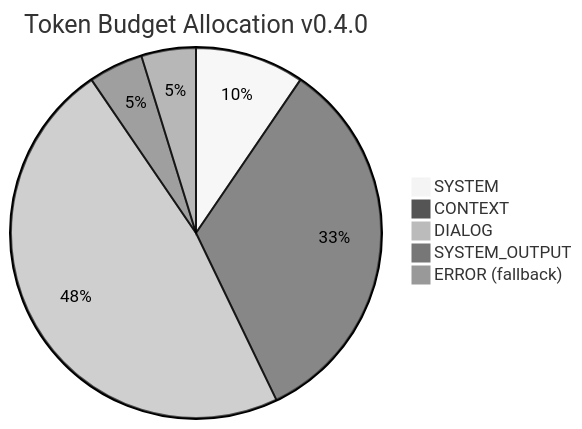
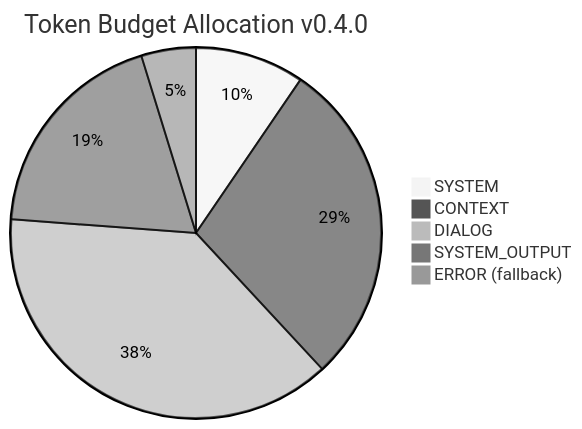
Before and after one commit to Maximooch/penguin: the first of 3 diagrams in docs/docs/system/context-window.md, drawn with Mermaid (neutral theme). The commit also changed other lines of this file and 8 other files, not shown here.

````diff
--- a/docs/docs/system/context-window.md
+++ b/docs/docs/system/context-window.md
@@ -35,8 +35,8 @@
 ```mermaid
 pie title Token Budget Allocation v0.4.0
     "SYSTEM" : 10
-    "CONTEXT" : 35
-    "DIALOG" : 50
-    "SYSTEM_OUTPUT" : 5
+    "CONTEXT" : 30
+    "DIALOG" : 40
+    "SYSTEM_OUTPUT" : 20
     "ERROR (fallback)" : 5
 ```
````
